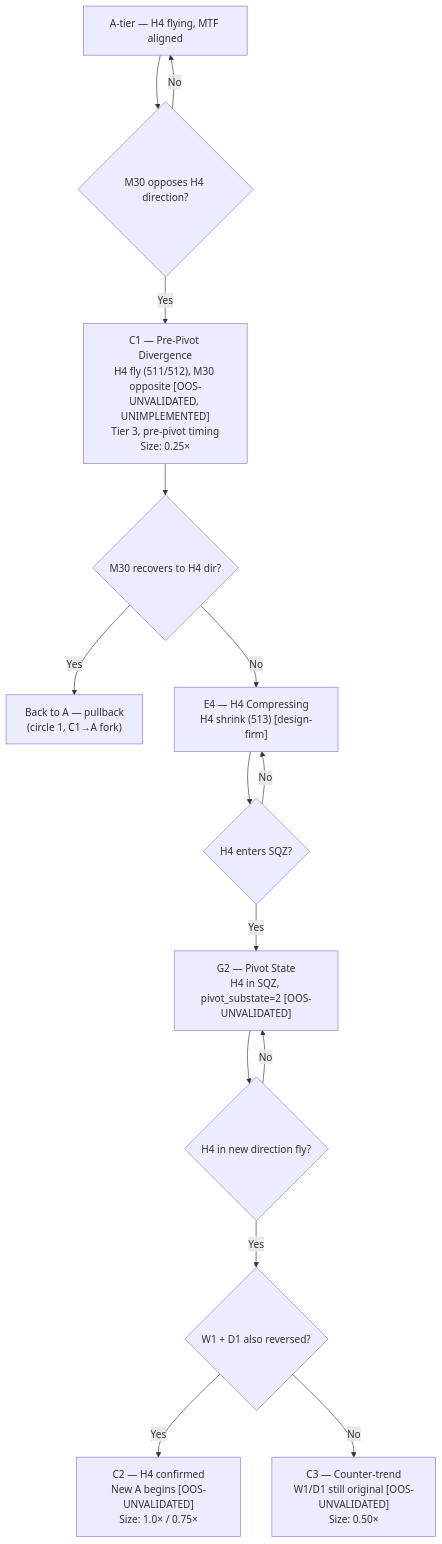
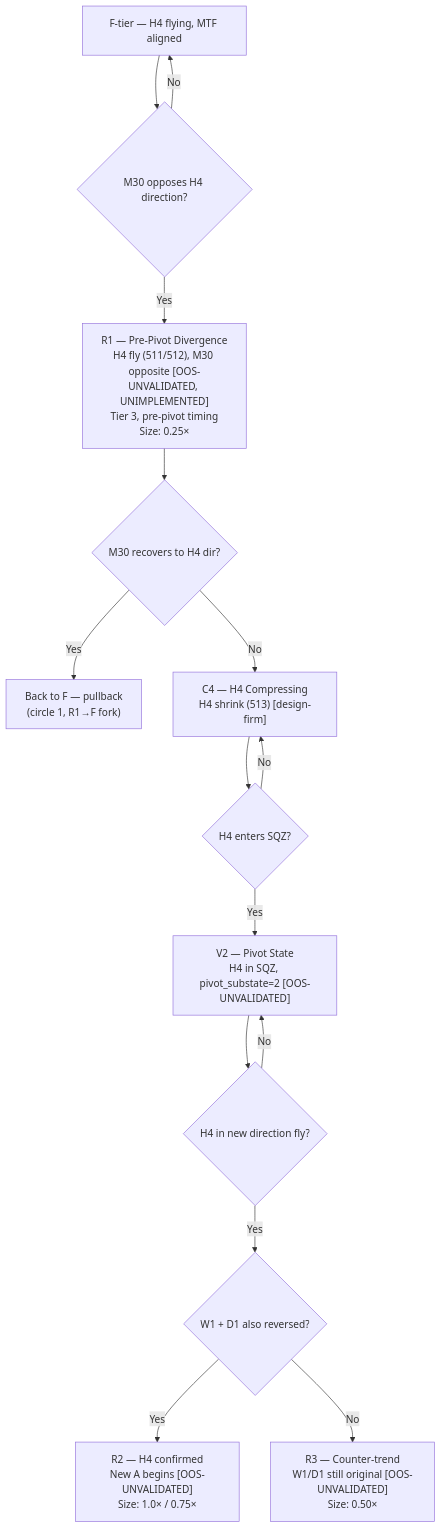
Diagram 17 of 17 in references/backtest_chart_analysis.md (Terrypang89/BB_MTF_M15_STRATEGY), drawn with Mermaid before and after one commit. The commit also changed other lines of this file and 12 other files, not shown here.

````diff
--- a/references/backtest_chart_analysis.md
+++ b/references/backtest_chart_analysis.md
@@ -3044,17 +3044,17 @@
 ```mermaid
 flowchart TD
-    A["A-tier — H4 flying, MTF aligned"] --> B{"M30 opposes H4 direction?"}
+    A["F-tier — H4 flying, MTF aligned"] --> B{"M30 opposes H4 direction?"}
     B -->|No| A
-    B -->|Yes| C1s["C1 — Pre-Pivot Divergence\nH4 fly (511/512), M30 opposite [OOS-UNVALIDATED, UNIMPLEMENTED]\nTier 3, pre-pivot timing\nSize: 0.25×"]
+    B -->|Yes| C1s["R1 — Pre-Pivot Divergence\nH4 fly (511/512), M30 opposite [OOS-UNVALIDATED, UNIMPLEMENTED]\nTier 3, pre-pivot timing\nSize: 0.25×"]
     C1s --> C{"M30 recovers to H4 dir?"}
-    C -->|Yes| A2["Back to A — pullback\n(circle 1, C1→A fork)"]
-    C -->|No| E4s["E4 — H4 Compressing\nH4 shrink (513) [design-firm]"]
+    C -->|Yes| F2["Back to F — pullback\n(circle 1, R1→F fork)"]
+    C -->|No| E4s["C4 — H4 Compressing\nH4 shrink (513) [design-firm]"]
     E4s --> D{"H4 enters SQZ?"}
     D -->|No| E4s
-    D -->|Yes| G2s["G2 — Pivot State\nH4 in SQZ, pivot_substate=2 [OOS-UNVALIDATED]"]
+    D -->|Yes| G2s["V2 — Pivot State\nH4 in SQZ, pivot_substate=2 [OOS-UNVALIDATED]"]
     G2s --> F{"H4 in new direction fly?"}
     F -->|No| G2s
     F -->|Yes| C_node{"W1 + D1 also reversed?"}
-    C_node -->|Yes| C2s["C2 — H4 confirmed\nNew A begins [OOS-UNVALIDATED]\nSize: 1.0× / 0.75×"]
-    C_node -->|No| C3s["C3 — Counter-trend\nW1/D1 still original [OOS-UNVALIDATED]\nSize: 0.50×"]
+    C_node -->|Yes| C2s["R2 — H4 confirmed\nNew A begins [OOS-UNVALIDATED]\nSize: 1.0× / 0.75×"]
+    C_node -->|No| C3s["R3 — Counter-trend\nW1/D1 still original [OOS-UNVALIDATED]\nSize: 0.50×"]
 ```
````
